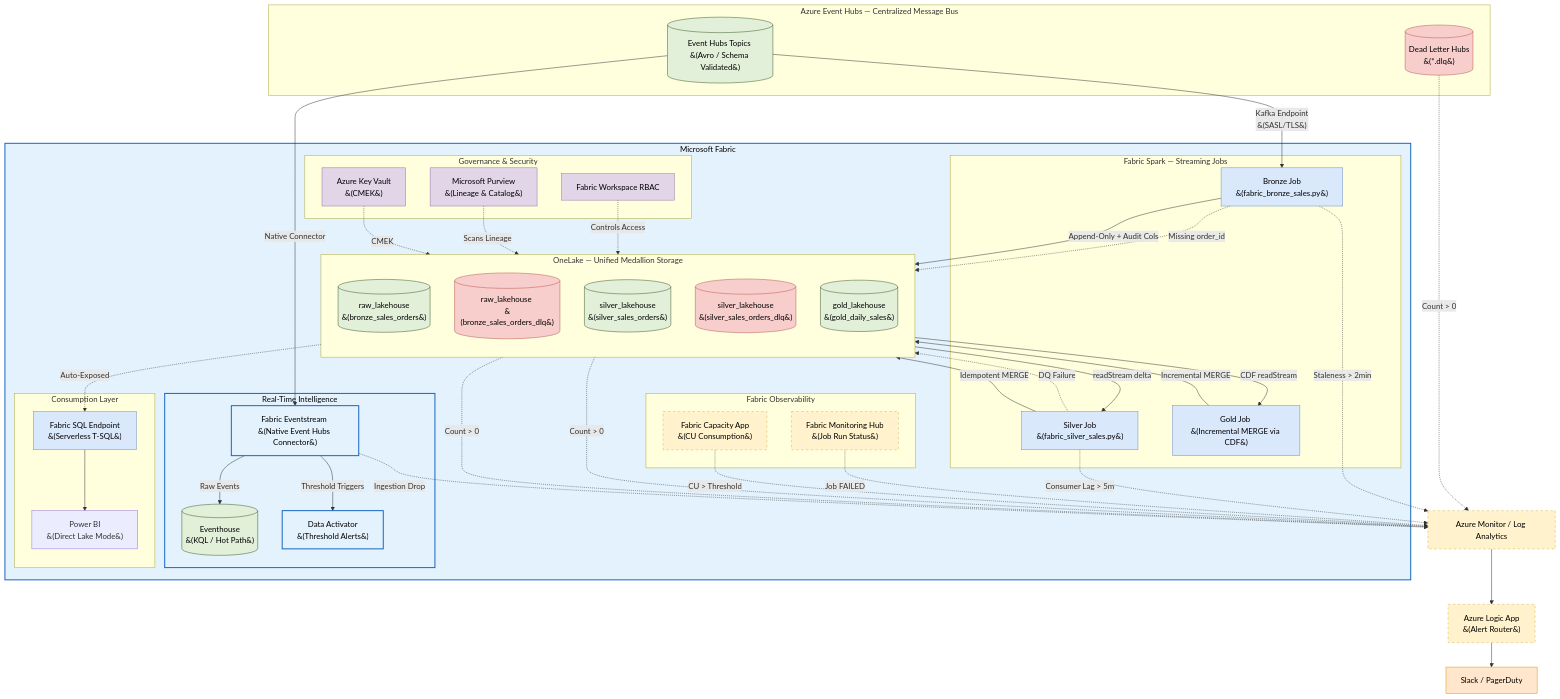
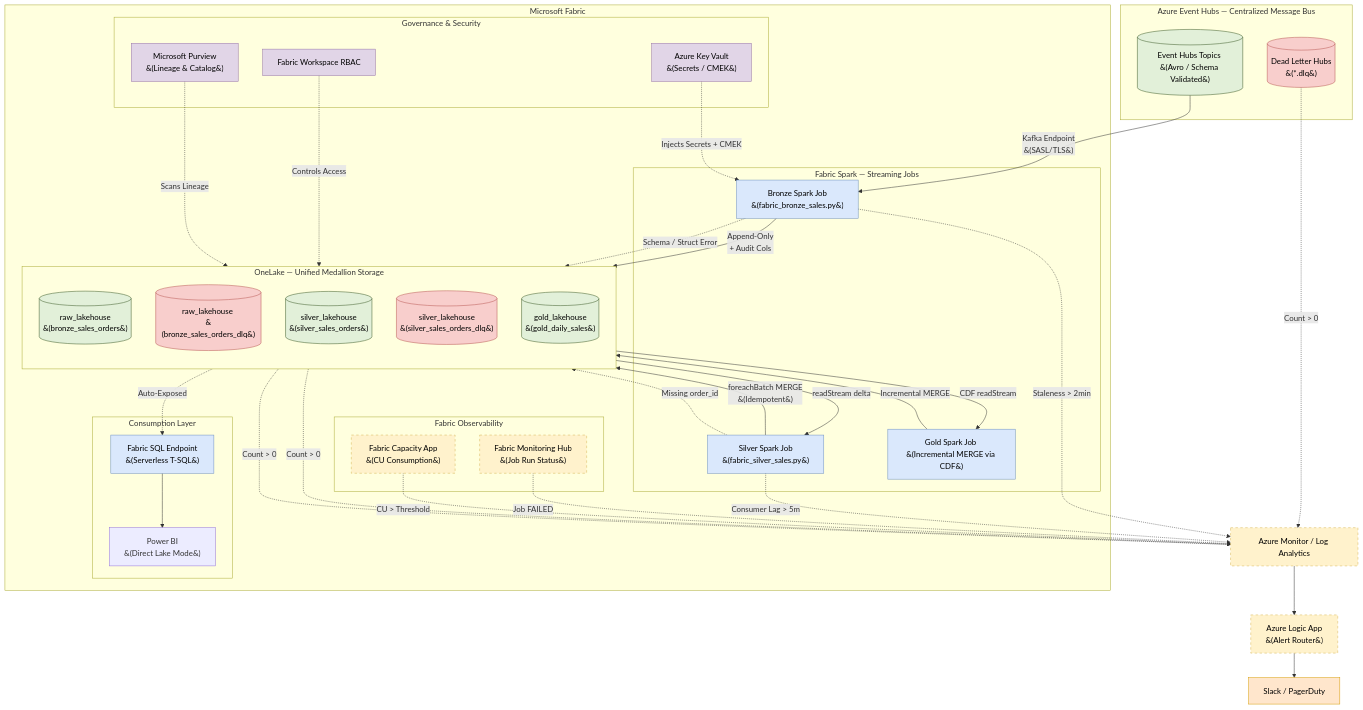
One commit to toanbui626391/data_architect changed the diagram in azure/realtime_lakehouse_architecture.md. Above: the diagram before and after it, drawn with Mermaid. The commit also changed other lines of this file and 1 other file, not shown here.

````diff
--- a/azure/realtime_lakehouse_architecture.md
+++ b/azure/realtime_lakehouse_architecture.md
@@ -19,6 +20,6 @@
 ```mermaid
 flowchart TD
-    %% External Message Bus (see fabric_unified_realtime_ingestion_architecture.md)
+    %% External Message Bus
     subgraph MessageBus [Azure Event Hubs — Centralized Message Bus]
         EH[("Event Hubs Topics <br>&#40;Avro / Schema Validated&#41;")]
         DLQHub[("Dead Letter Hubs <br>&#40;*.dlq&#41;")]
@@ -27,10 +28,10 @@
     %% Microsoft Fabric
     subgraph FabricPlatform [Microsoft Fabric]
 
-        subgraph RTI [Real-Time Intelligence]
-            Eventstream["Fabric Eventstream <br>&#40;Native Event Hubs Connector&#41;"]
-            Eventhouse[("Eventhouse <br>&#40;KQL / Hot Path&#41;")]
-            DataActivator["Data Activator <br>&#40;Threshold Alerts&#41;"]
+        subgraph Compute [Fabric Spark — Streaming Jobs]
+            BronzeJob["Bronze Spark Job <br>&#40;fabric_bronze_sales.py&#41;"]
+            SilverJob["Silver Spark Job <br>&#40;fabric_silver_sales.py&#41;"]
+            GoldJob["Gold Spark Job <br>&#40;Incremental MERGE via CDF&#41;"]
         end
 
         subgraph OneLake [OneLake — Unified Medallion Storage]
@@ -42,12 +43,6 @@
             Gold[("gold_lakehouse <br>&#40;gold_daily_sales&#41;")]
         end
 
-        subgraph Compute [Fabric Spark — Streaming Jobs]
-            BronzeJob["Bronze Job <br>&#40;fabric_bronze_sales.py&#41;"]
-            SilverJob["Silver Job <br>&#40;fabric_silver_sales.py&#41;"]
-            GoldJob["Gold Job <br>&#40;Incremental MERGE via CDF&#41;"]
-        end
-
         subgraph Consumption [Consumption Layer]
             SQLEndpoint["Fabric SQL Endpoint <br>&#40;Serverless T-SQL&#41;"]
             PowerBI["Power BI <br>&#40;Direct Lake Mode&#41;"]
@@ -56,7 +51,7 @@
         subgraph Governance [Governance & Security]
             RBAC["Fabric Workspace RBAC"]
             Purview["Microsoft Purview <br>&#40;Lineage & Catalog&#41;"]
-            KeyVault["Azure Key Vault <br>&#40;CMEK&#41;"]
+            KeyVault["Azure Key Vault <br>&#40;Secrets / CMEK&#41;"]
         end
 
         subgraph Observability [Fabric Observability]
@@ -70,23 +65,19 @@
     LogicApp["Azure Logic App <br>&#40;Alert Router&#41;"]
     Notification["Slack / PagerDuty"]
 
-    %% Ingestion: Event Hubs → Fabric
-    EH -->|Native Connector| Eventstream
+    %% Bronze: Direct Event Hubs → Spark → Bronze
+    EH -->|Kafka Endpoint <br>&#40;SASL/TLS&#41;| BronzeJob
     DLQHub -.->|Count > 0| AzMonitor
 
-    %% Eventstream → Hot Path ONLY (NOT Bronze — Spark owns Bronze write)
-    Eventstream -->|Raw Events| Eventhouse
-    Eventstream -->|Threshold Triggers| DataActivator
+    BronzeJob -->|Append-Only <br>+ Audit Cols| Bronze
+    BronzeJob -.->|Schema / Struct Error| BronzeDLQ
 
-    %% Spark Bronze Job reads DIRECTLY from Event Hubs Kafka endpoint
-    EH -->|Kafka Endpoint <br>&#40;SASL/TLS&#41;| BronzeJob
-    BronzeJob -.->|Missing order_id| BronzeDLQ
-    BronzeJob -->|Append-Only + Audit Cols| Bronze
+    %% Silver: Bronze → Spark → Silver
+    Bronze -->|readStream delta| SilverJob
+    SilverJob -->|foreachBatch MERGE <br>&#40;Idempotent&#41;| Silver
+    SilverJob -.->|Missing order_id| SilverDLQ
 
-    %% Medallion Processing via Spark
-    Bronze -->|readStream delta| SilverJob
-    SilverJob -.->|DQ Failure| SilverDLQ
-    SilverJob -->|Idempotent MERGE| Silver
+    %% Gold: Silver CDF → Spark → Gold
     Silver -->|CDF readStream| GoldJob
     GoldJob -->|Incremental MERGE| Gold
 
@@ -97,10 +88,9 @@
     %% Governance
     RBAC -.->|Controls Access| OneLake
     Purview -.->|Scans Lineage| OneLake
-    KeyVault -.->|CMEK| OneLake
+    KeyVault -.->|Injects Secrets + CMEK| BronzeJob
 
     %% Observability
-    Eventstream -.->|Ingestion Drop| AzMonitor
     BronzeJob -.->|Staleness > 2min| AzMonitor
     SilverJob -.->|Consumer Lag > 5m| AzMonitor
     BronzeDLQ -.->|Count > 0| AzMonitor
@@ -115,15 +105,13 @@
     classDef process fill:#dae8fc,stroke:#6c8ebf,stroke-width:1px,color:#000;
     classDef bad fill:#f8cecc,stroke:#b85450,stroke-width:1px,color:#000;
     classDef monitor fill:#fff2cc,stroke:#d6b656,stroke-width:1px,color:#000,stroke-dasharray: 5 5;
-    classDef fabric fill:#e3f2fd,stroke:#1565c0,stroke-width:2px,color:#000;
     classDef security fill:#e1d5e7,stroke:#9673a6,stroke-width:1px,color:#000;
     classDef alert fill:#ffe6cc,stroke:#d79b00,stroke-width:1px,color:#000;
 
-    class EH,Bronze,Silver,Gold,Eventhouse storage;
+    class EH,Bronze,Silver,Gold storage;
     class BronzeJob,SilverJob,GoldJob,SQLEndpoint process;
     class BronzeDLQ,SilverDLQ,DLQHub bad;
     class AzMonitor,MonitorHub,CapacityApp,LogicApp monitor;
-    class Eventstream,DataActivator,RTI,FabricPlatform fabric;
     class RBAC,Purview,KeyVault security;
     class Notification alert;
 ```
````
